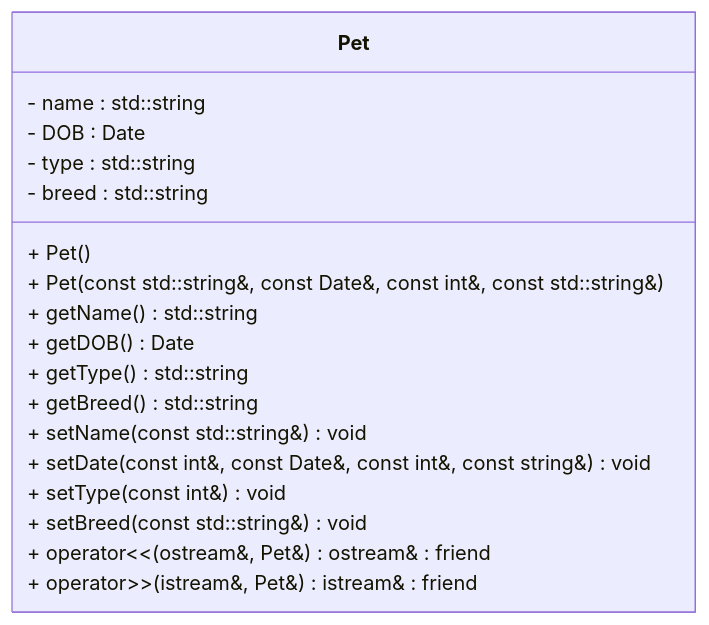
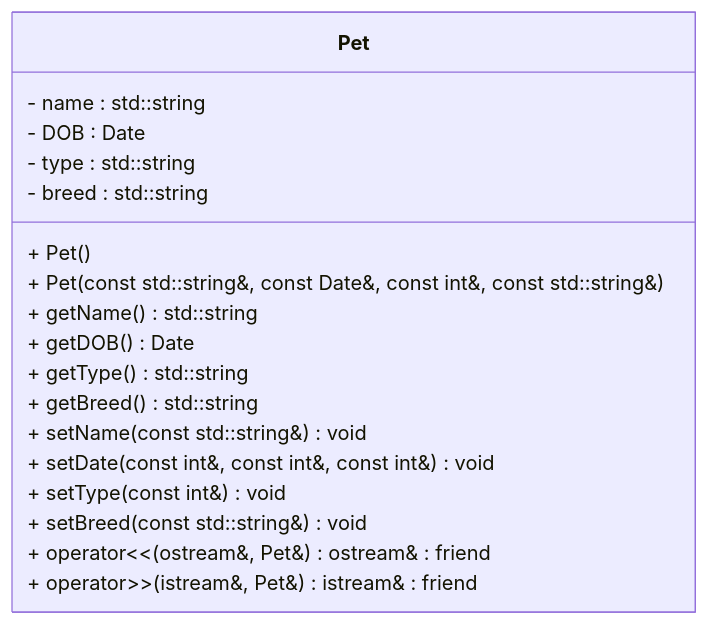
One commit to heimsothe/Spring-2024-OOP-Cpp-Labs changed the third of 4 diagrams in Lab06/README.md. Above: the diagram before and after it, drawn with Mermaid.

Commit message:
[Lab06] Update README.md

````diff
--- a/Lab06/README.md
+++ b/Lab06/README.md
@@ -253,29 +253,29 @@
 ```mermaid
 %%{
   init: {
     'themeVariables': {
       'fontFamily': 'monospace'
     }
   }
 }%%
 classDiagram
     class Pet {
         - name : std::string
         - DOB : Date
         - type : std::string
         - breed : std::string
         + Pet()
         + Pet(const std::string&, const Date&, const int&, const std::string&)
         + getName() std::string
         + getDOB() Date
         + getType() std::string
         + getBreed() std::string
         + setName(const std::string&) void
-        + setDate(const int&, const Date&, const int&, const string&) void
+        + setDate(const int&, const int&, const int&) void
         + setType(const int&) void
         + setBreed(const std::string&) void
 
         + operator<<(ostream&, Pet&) ostream& : friend
         + operator>>(istream&, Pet&) istream& : friend
     }
 ```
````
